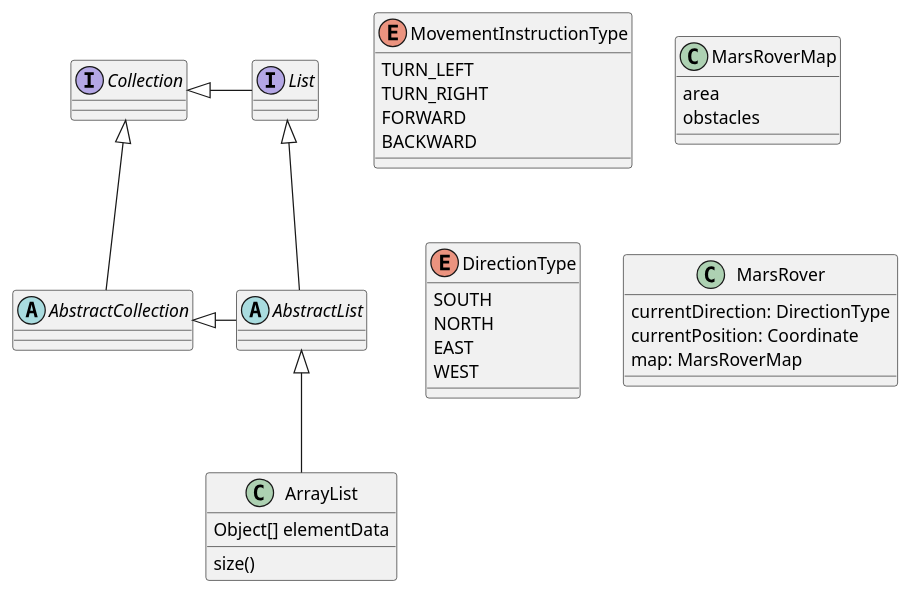
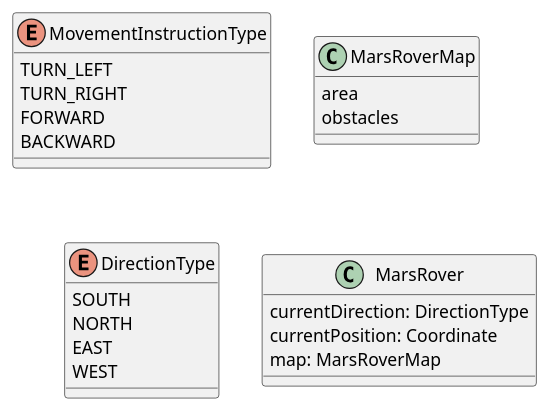
The diagram in ClassDiagram.puml (dmorenoh/marsrover), drawn with PlantUML before and after one commit. The commit also changed 17 other files, not shown here.

```diff
--- a/ClassDiagram.puml
+++ b/ClassDiagram.puml
@@ -1,46 +1,29 @@
 @startuml
-
-abstract class AbstractList
-abstract AbstractCollection
-interface List
-interface Collection
-
-List <|-- AbstractList
-Collection <|-- AbstractCollection
-
-Collection <|- List
-AbstractCollection <|- AbstractList
-AbstractList <|-- ArrayList
-
-class ArrayList {
-Object[] elementData
-size()
-}
 
 enum MovementInstructionType {
 TURN_LEFT
 TURN_RIGHT
 FORWARD
 BACKWARD
 }
 
 class MarsRoverMap {
     area
     obstacles
 }
 
 
 enum DirectionType{
     SOUTH
     NORTH
     EAST
     WEST
 }
 
 class MarsRover {
     currentDirection: DirectionType
     currentPosition: Coordinate
     map: MarsRoverMap
 }
 
 @enduml
```
